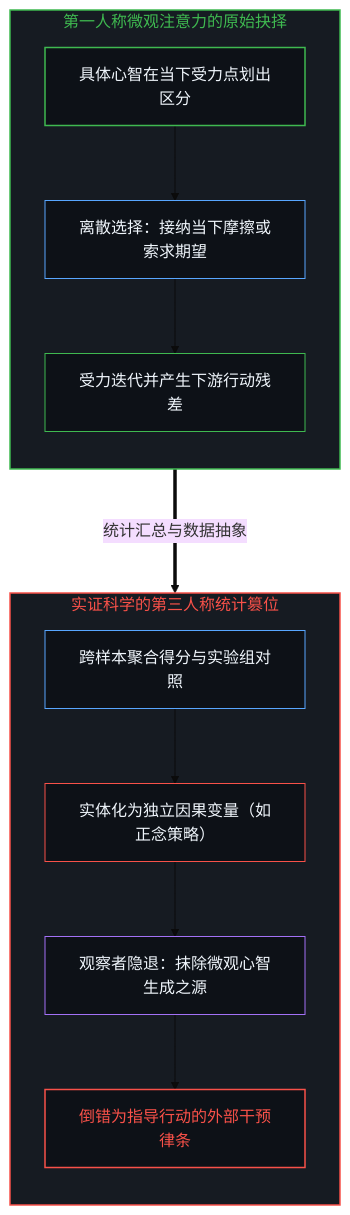
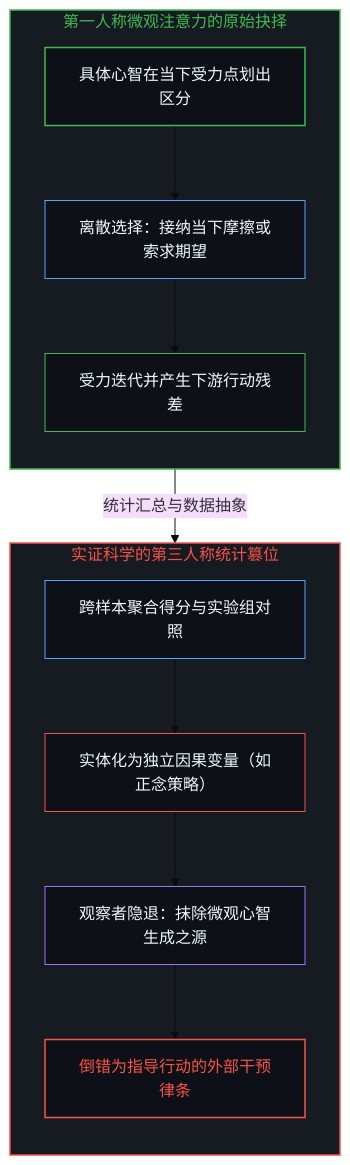
The fifth of 6 diagrams in content/posts/present-contact-and-the-obscuration-of-desired-feeling.md (powerpig99/not-a-toe), drawn with Mermaid (base theme) before and after one commit. The commit also changed other lines of this file and 2 other files, not shown here.

Commit message:
Polish Post #385: streamline Mermaid connectors, clarify Heideggerian vs present registration, and anchor Call to Praxis

````diff
--- a/content/posts/present-contact-and-the-obscuration-of-desired-feeling.md
+++ b/content/posts/present-contact-and-the-obscuration-of-desired-feeling.md
@@ -145,27 +145,27 @@
 ```mermaid
 graph TD
     subgraph S_MicroAgency ["第一人称微观注意力的原始抉择"]
         direction TB
         M_Locus["具体心智在当下受力点划出区分"] --> M_Choice["离散选择：接纳当下摩擦或索求期望"]
         M_Choice --> M_Action["受力迭代并产生下游行动残差"]
     end
 
     subgraph S_AggregateIllusion ["实证科学的第三人称统计篡位"]
         direction TB
         A_Data["跨样本聚合得分与实验组对照"] --> A_Reify["实体化为独立因果变量（如正念策略）"]
         A_Reify --> A_Erase["观察者隐退：抹除微观心智生成之源"]
         A_Erase --> A_Dictate["倒错为指导行动的外部干预律条"]
     end
 
-    M_Action ===>|"统计汇总与数据抽象"| A_Data
+    M_Action -->|"统计汇总与数据抽象"| A_Data
 
     style S_MicroAgency fill:#161b22,stroke:#3fb950,stroke-width:1.5px,color:#3fb950
     style S_AggregateIllusion fill:#161b22,stroke:#f85149,stroke-width:1.5px,color:#f85149
     style M_Locus fill:#0d1117,stroke:#3fb950,stroke-width:1.5px,color:#f0f6fc
     style M_Choice fill:#0d1117,stroke:#58a6ff,stroke-width:1px,color:#f0f6fc
     style M_Action fill:#0d1117,stroke:#3fb950,stroke-width:1px,color:#f0f6fc
     style A_Data fill:#0d1117,stroke:#58a6ff,stroke-width:1px,color:#f0f6fc
     style A_Reify fill:#0d1117,stroke:#f85149,stroke-width:1px,color:#f0f6fc
     style A_Erase fill:#0d1117,stroke:#a371f7,stroke-width:1px,color:#f0f6fc
     style A_Dictate fill:#0d1117,stroke:#f85149,stroke-width:1.5px,color:#f85149
 ```
````
